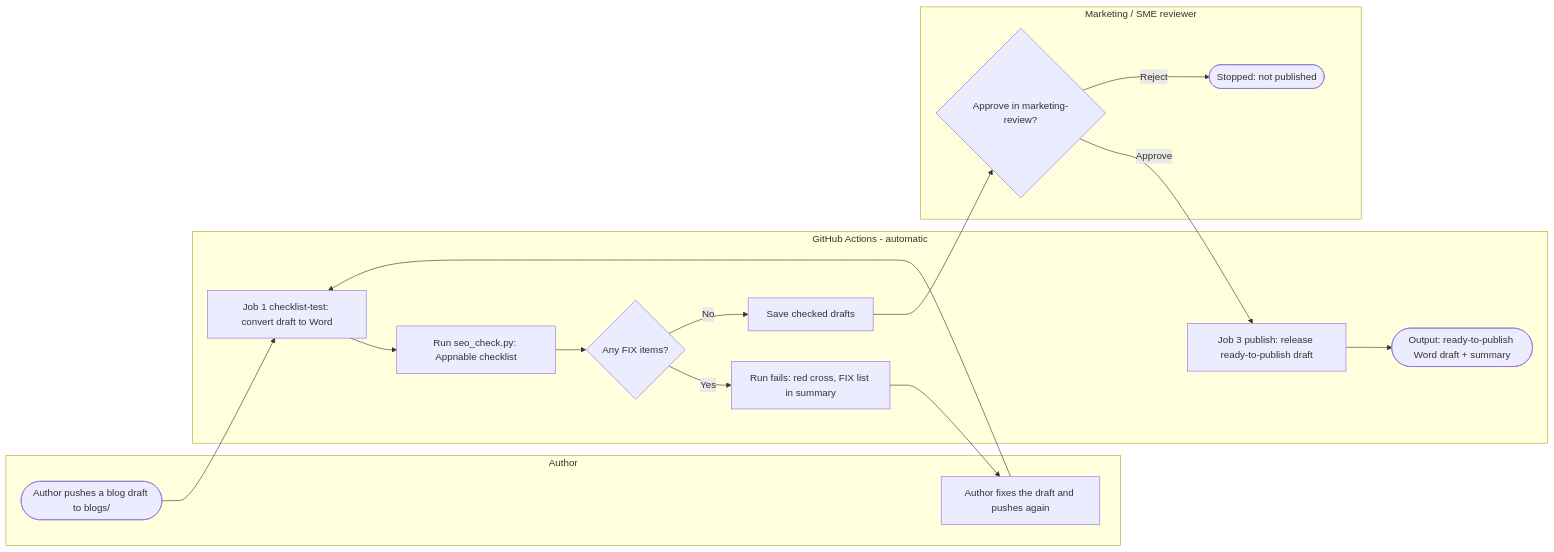
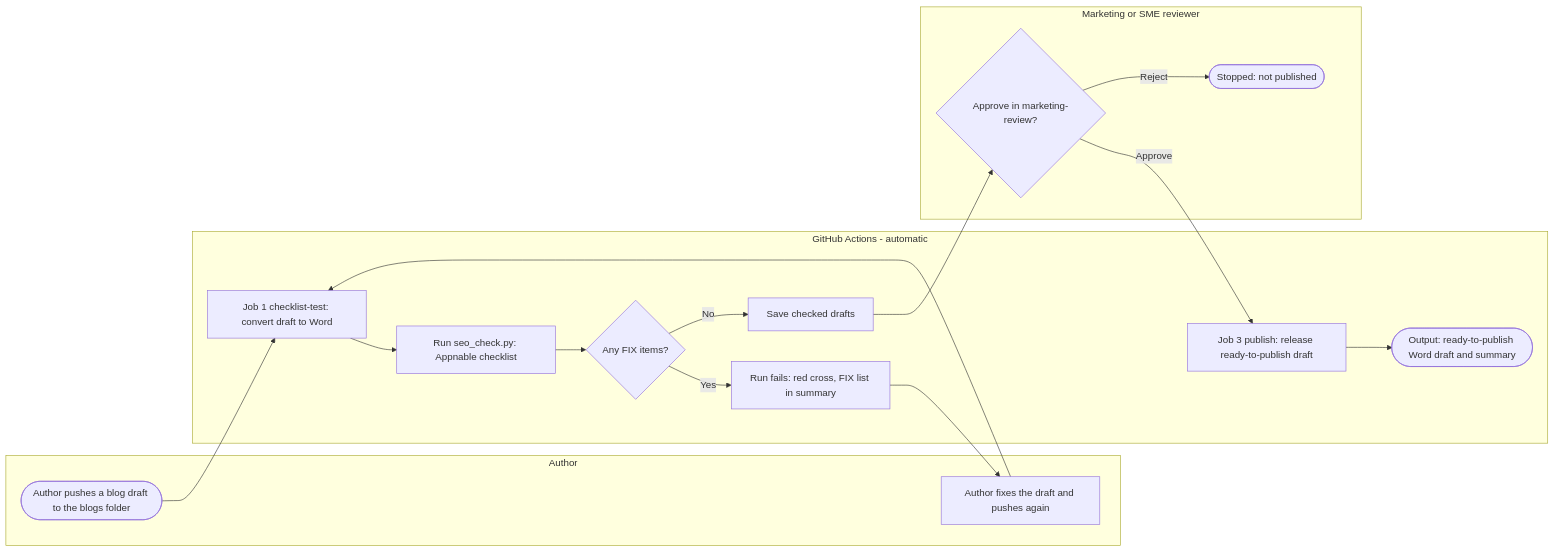
The diagram in week-1/friday-cicd-pipeline.md (teslimtobi/internal-automations-training), drawn with Mermaid before and after one commit.

Commit message:
Fix Friday flowchart so GitHub can draw it
Claude-Session: https://claude.ai/code/session_0126azYL5Lxgbr4PAgSr6qjd

````diff
--- a/week-1/friday-cicd-pipeline.md
+++ b/week-1/friday-cicd-pipeline.md
@@ -30,25 +30,25 @@
 ```mermaid
 flowchart LR
-  subgraph Author
-    A([Author pushes a blog draft to blogs/]) 
-    F[Author fixes the draft and pushes again]
+  subgraph AUTH["Author"]
+    A(["Author pushes a blog draft to the blogs folder"])
+    F["Author fixes the draft and pushes again"]
   end
-  subgraph GitHub_Actions[GitHub Actions - automatic]
-    B[Job 1 checklist-test: convert draft to Word]
-    C[Run seo_check.py: Appnable checklist]
-    D{Any FIX items?}
-    E[Run fails: red cross, FIX list in summary]
-    G[Save checked drafts]
-    J[Job 3 publish: release ready-to-publish draft]
-    K([Output: ready-to-publish Word draft + summary])
+  subgraph GHA["GitHub Actions - automatic"]
+    B["Job 1 checklist-test: convert draft to Word"]
+    C["Run seo_check.py: Appnable checklist"]
+    D{"Any FIX items?"}
+    E["Run fails: red cross, FIX list in summary"]
+    G["Save checked drafts"]
+    J["Job 3 publish: release ready-to-publish draft"]
+    K(["Output: ready-to-publish Word draft and summary"])
   end
-  subgraph Reviewer[Marketing / SME reviewer]
-    H{Approve in marketing-review?}
-    I([Stopped: not published])
+  subgraph REV["Marketing or SME reviewer"]
+    H{"Approve in marketing-review?"}
+    I(["Stopped: not published"])
   end
   A --> B --> C --> D
   D -- Yes --> E --> F --> B
   D -- No --> G --> H
   H -- Approve --> J --> K
   H -- Reject --> I
 ```
````
